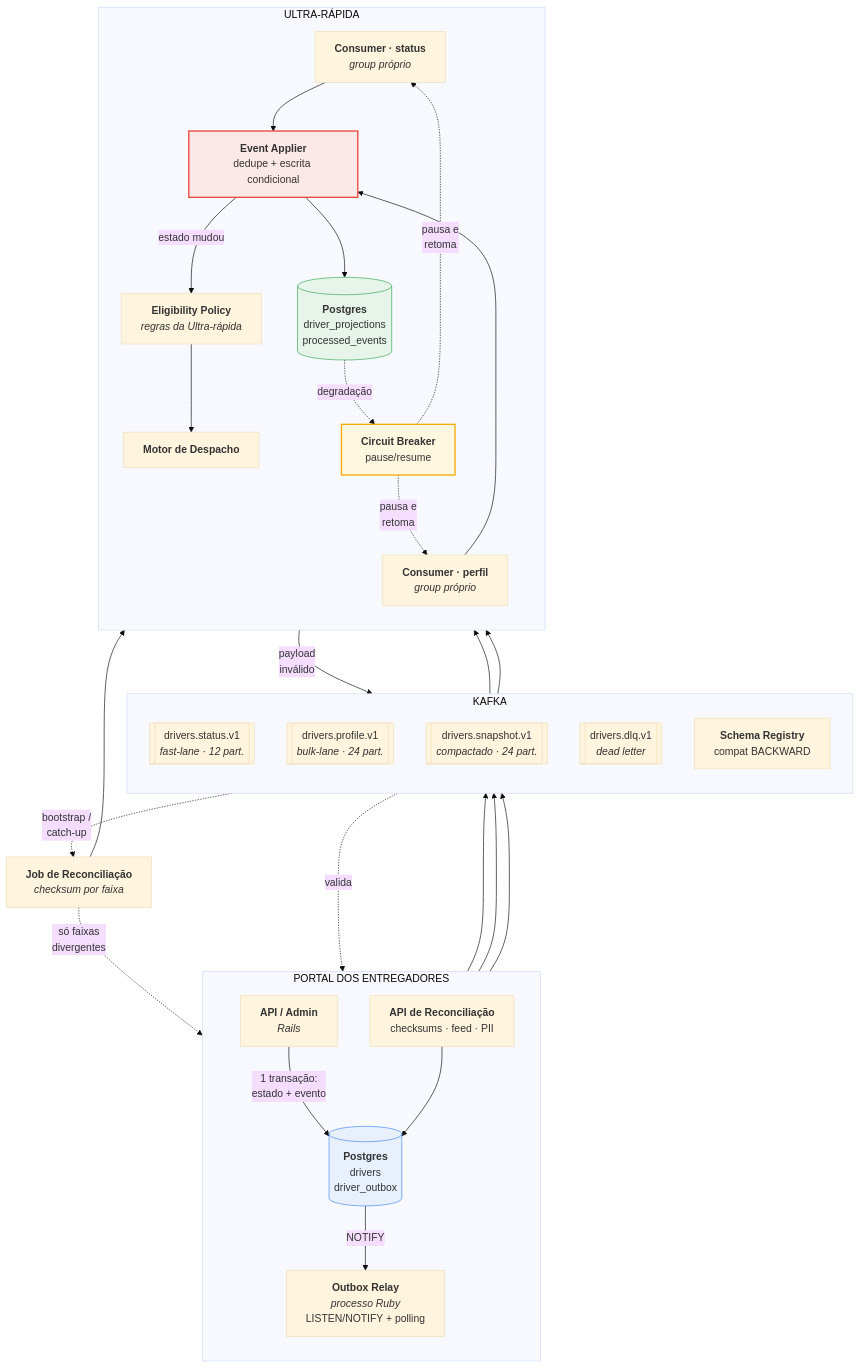
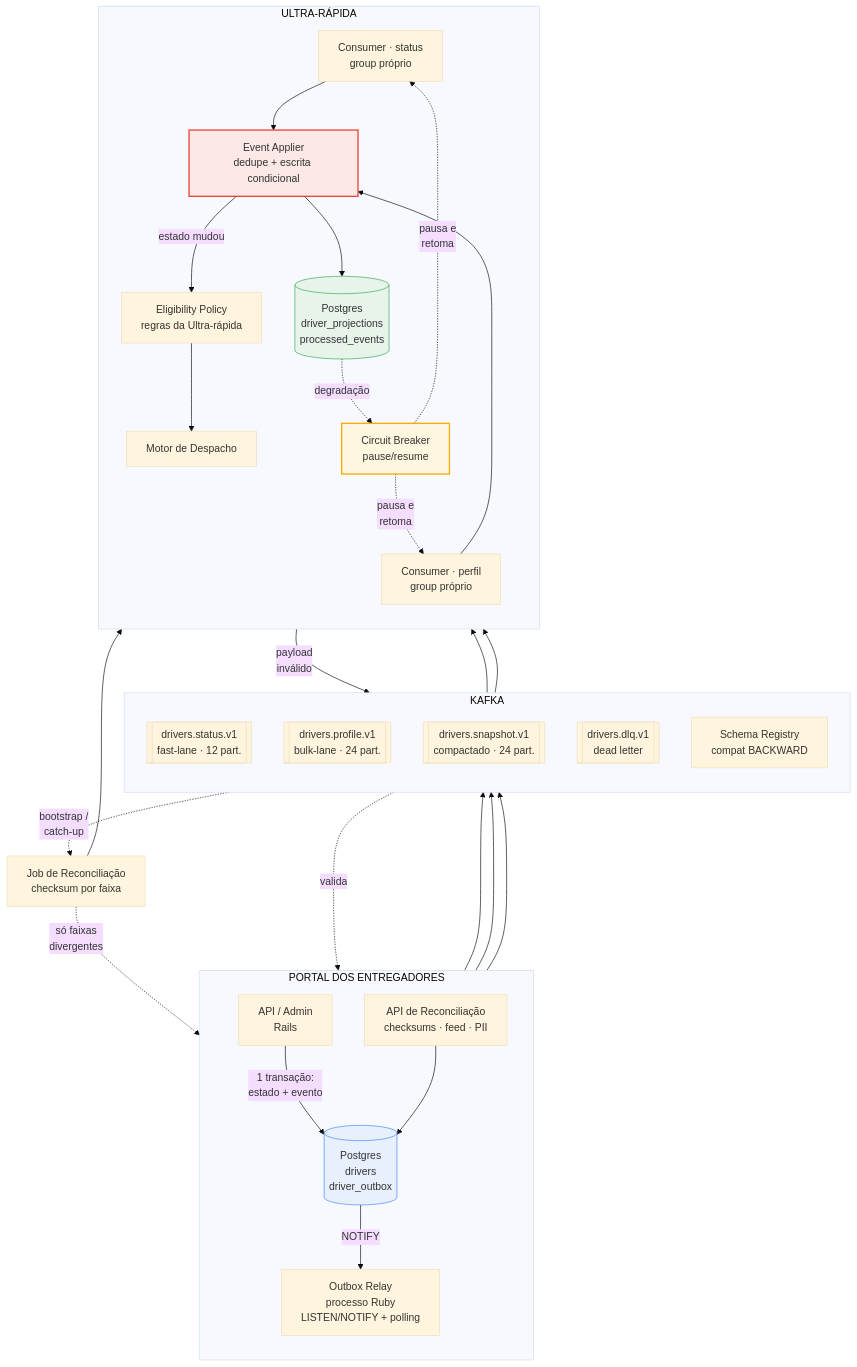
One commit to elysonromeiro/luizalabs-driver-sync-sdd changed the second of 6 diagrams in docs/01-arquitetura.md. Above: the diagram before and after it, drawn with Mermaid (base theme). The commit also changed other lines of this file and 5 other files, not shown here.

````diff
--- a/docs/01-arquitetura.md
+++ b/docs/01-arquitetura.md
@@ -44,62 +44,62 @@
 ```mermaid
 flowchart TB
     subgraph portalbox["PORTAL DOS ENTREGADORES"]
         direction TB
-        api["<b>API / Admin</b><br/><i>Rails</i>"]
-        pg1[("<b>Postgres</b><br/>drivers<br/>driver_outbox")]
-        relay["<b>Outbox Relay</b><br/><i>processo Ruby</i><br/>LISTEN/NOTIFY + polling"]
-        recon["<b>API de Reconciliação</b><br/>checksums · feed · PII"]
+        api["API / Admin<br/>Rails"]
+        pg1[("Postgres<br/>drivers<br/>driver_outbox")]
+        relay["Outbox Relay<br/>processo Ruby<br/>LISTEN/NOTIFY + polling"]
+        recon["API de Reconciliação<br/>checksums · feed · PII"]
 
         api -->|"1 transação:<br/>estado + evento"| pg1
         pg1 -->|"NOTIFY"| relay
         recon --> pg1
     end
 
     subgraph kafkabox["KAFKA"]
         direction TB
-        tstatus[["drivers.status.v1<br/><i>fast-lane · 12 part.</i>"]]
-        tprofile[["drivers.profile.v1<br/><i>bulk-lane · 24 part.</i>"]]
-        tsnap[["drivers.snapshot.v1<br/><i>compactado · 24 part.</i>"]]
-        tdlq[["drivers.dlq.v1<br/><i>dead letter</i>"]]
-        registry["<b>Schema Registry</b><br/>compat BACKWARD"]
+        tstatus[["drivers.status.v1<br/>fast-lane · 12 part."]]
+        tprofile[["drivers.profile.v1<br/>bulk-lane · 24 part."]]
+        tsnap[["drivers.snapshot.v1<br/>compactado · 24 part."]]
+        tdlq[["drivers.dlq.v1<br/>dead letter"]]
+        registry["Schema Registry<br/>compat BACKWARD"]
     end
 
     subgraph ultrabox["ULTRA-RÁPIDA"]
         direction TB
-        cstatus["<b>Consumer · status</b><br/><i>group próprio</i>"]
-        cprofile["<b>Consumer · perfil</b><br/><i>group próprio</i>"]
-        applier["<b>Event Applier</b><br/>dedupe + escrita condicional"]
-        policy["<b>Eligibility Policy</b><br/><i>regras da Ultra-rápida</i>"]
-        pg2[("<b>Postgres</b><br/>driver_projections<br/>processed_events")]
-        dispatch["<b>Motor de Despacho</b>"]
-        breaker["<b>Circuit Breaker</b><br/>pause/resume"]
+        cstatus["Consumer · status<br/>group próprio"]
+        cprofile["Consumer · perfil<br/>group próprio"]
+        applier["Event Applier<br/>dedupe + escrita condicional"]
+        policy["Eligibility Policy<br/>regras da Ultra-rápida"]
+        pg2[("Postgres<br/>driver_projections<br/>processed_events")]
+        dispatch["Motor de Despacho"]
+        breaker["Circuit Breaker<br/>pause/resume"]
     end
 
-    reconjob["<b>Job de Reconciliação</b><br/><i>checksum por faixa</i>"]
+    reconjob["Job de Reconciliação<br/>checksum por faixa"]
 
     relay --> tstatus
     relay --> tprofile
     relay --> tsnap
     registry -.->|"valida"| relay
 
     tstatus --> cstatus
     tprofile --> cprofile
     cstatus --> applier
     cprofile --> applier
     applier --> pg2
     applier -->|"payload<br/>inválido"| tdlq
     applier -->|"estado mudou"| policy
     policy --> dispatch
     breaker -.->|"pausa e<br/>retoma"| cstatus
     breaker -.->|"pausa e<br/>retoma"| cprofile
     pg2 -.->|"degradação"| breaker
 
     tsnap -.->|"bootstrap /<br/>catch-up"| reconjob
     reconjob -.->|"só faixas<br/>divergentes"| recon
     reconjob --> pg2
 
     style pg1 fill:#e8f0fe,stroke:#4285f4
     style pg2 fill:#e6f4ea,stroke:#34a853
     style applier fill:#fce8e6,stroke:#ea4335,stroke-width:2px
     style breaker fill:#fef7e0,stroke:#f9ab00,stroke-width:2px
 ```
````
